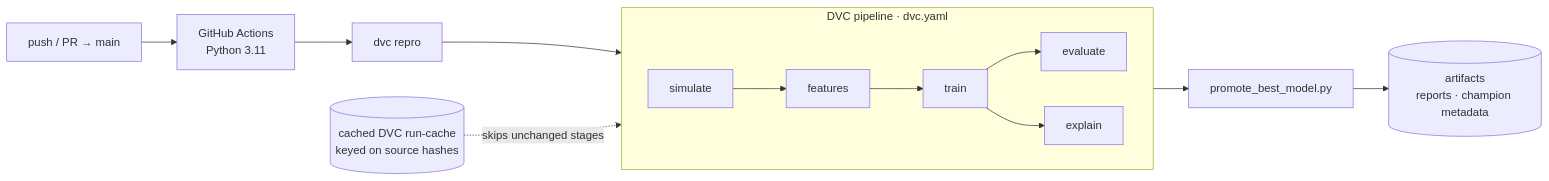
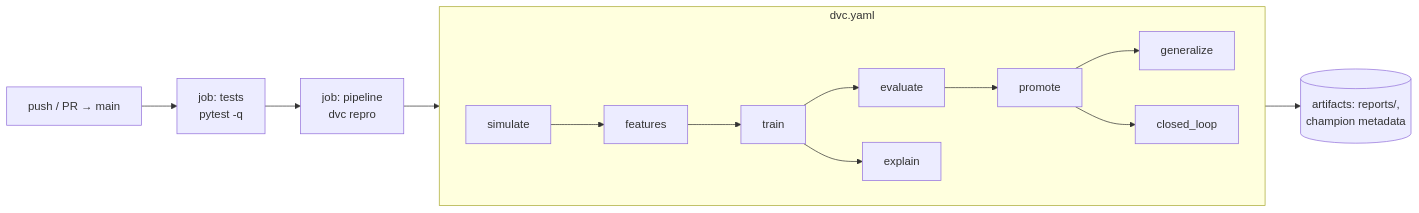
One commit to SouhailBourhim/Intelligent-Handover-Prediction-LTE changed the fourth of 4 diagrams in README.md. Above: the diagram before and after it, drawn with Mermaid. The commit also changed other lines of this file and 17 other files, not shown here.

````diff
--- a/README.md
+++ b/README.md
@@ -341,14 +338,15 @@
 ```mermaid
 flowchart LR
-    PUSH["push / PR → main"] --> GA["GitHub Actions<br/>Python 3.11"]
-    GA --> REPRO["dvc repro"]
-    subgraph DVC["DVC pipeline · dvc.yaml"]
+    PUSH["push / PR → main"] --> T["job: tests<br/>pytest -q"]
+    T --> P["job: pipeline<br/>dvc repro"]
+    subgraph DVC["dvc.yaml"]
         direction LR
         s1[simulate] --> s2[features] --> s3[train] --> s4[evaluate]
         s3 --> s5[explain]
+        s4 --> s6[promote]
+        s6 --> s7[generalize]
+        s6 --> s8[closed_loop]
     end
-    REPRO --> DVC
-    s4 --> PRO["promote_best_model.py"]
-    PRO --> ART[("artifacts<br/>reports · champion metadata")]
-    CACHE[("cached DVC run-cache<br/>keyed on source hashes")] -. "skips unchanged stages" .-> DVC
+    P --> DVC
+    DVC --> ART[("artifacts: reports/,<br/>champion metadata")]
 ```
````
